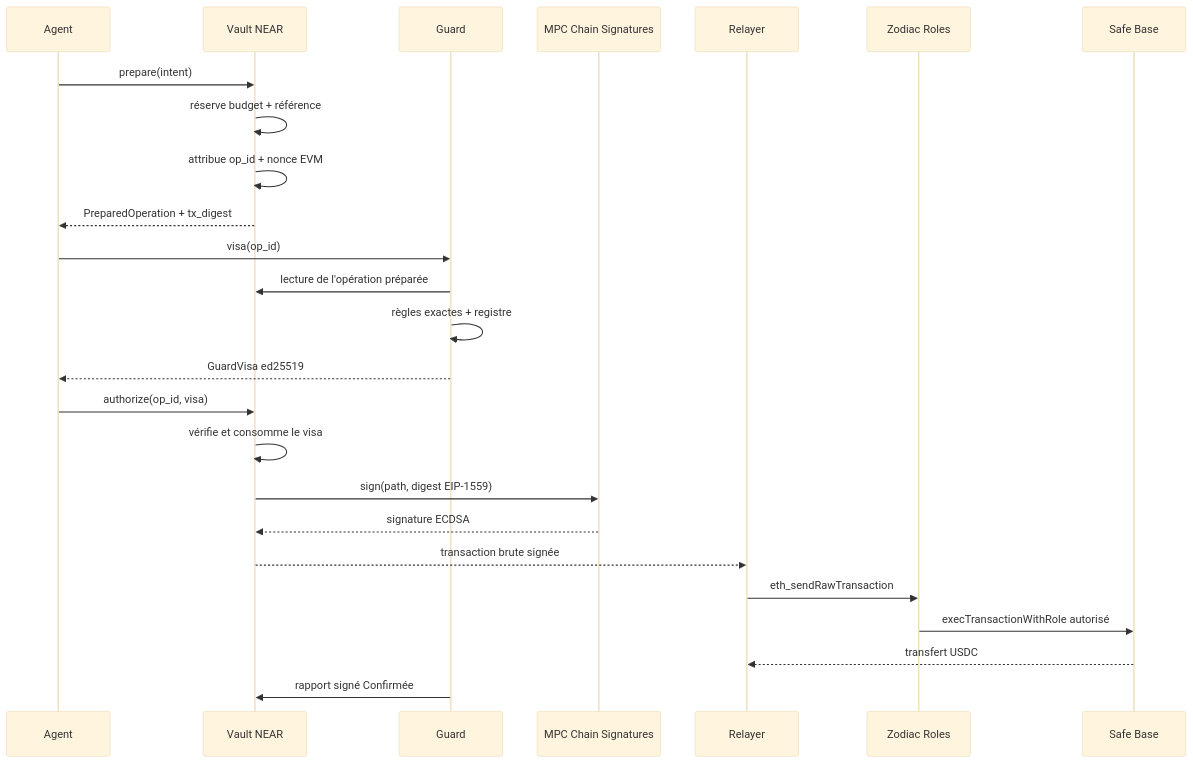
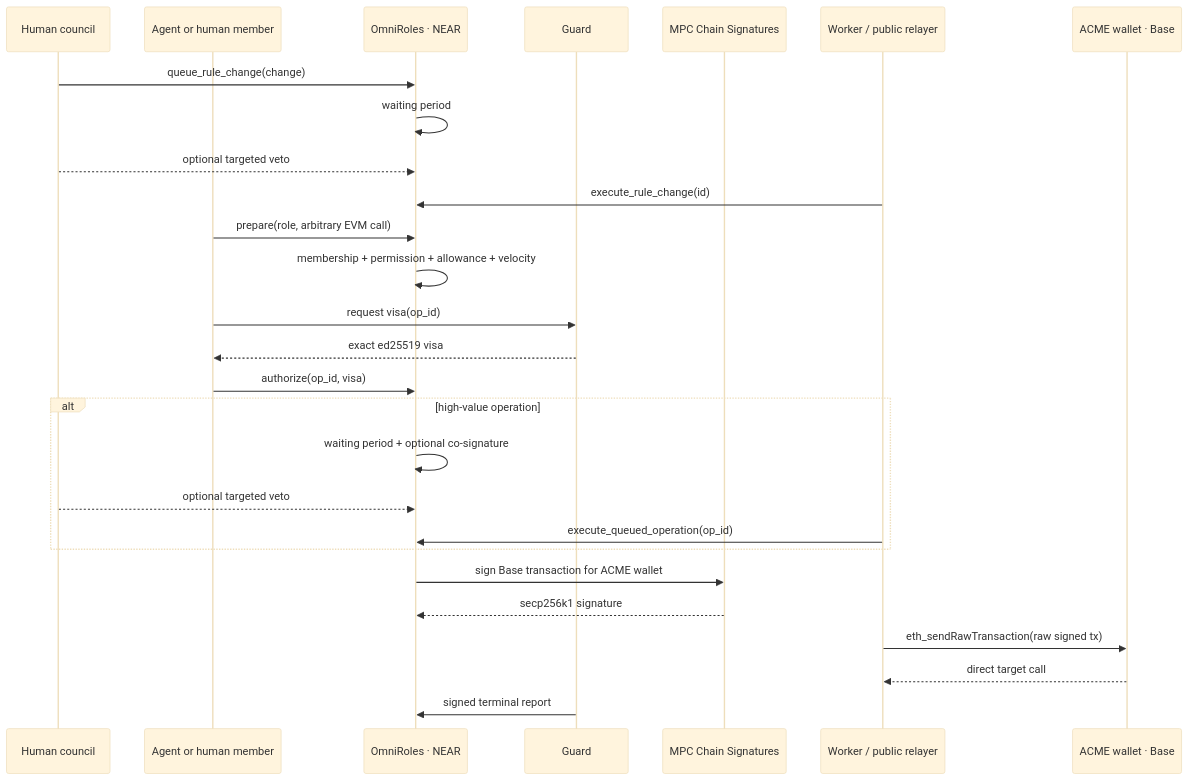
The first of 3 diagrams in Architecture.md (Euthyna-wallets/Euthyna), drawn with Mermaid (base theme) before and after one commit. The commit also changed other lines of this file and 39 other files, not shown here.

Commit message:
feat(vault): replace Safe stack with OmniRoles

````diff
--- a/Architecture.md
+++ b/Architecture.md
@@ -41,28 +11,30 @@
 ```mermaid
 sequenceDiagram
-  participant A as Agent
-  participant V as Vault NEAR
+  participant H as Human council
+  participant A as Agent or human member
+  participant O as OmniRoles · NEAR
   participant G as Guard
   participant M as MPC Chain Signatures
-  participant R as Relayer
-  participant Z as Zodiac Roles
-  participant S as Safe Base
+  participant W as Worker / public relayer
+  participant B as ACME wallet · Base
 
-  A->>V: prepare(intent)
-  V->>V: réserve budget + référence
-  V->>V: attribue op_id + nonce EVM
-  V-->>A: PreparedOperation + tx_digest
-  A->>G: visa(op_id)
-  G->>V: lecture de l'opération préparée
-  G->>G: règles exactes + registre
-  G-->>A: GuardVisa ed25519
-  A->>V: authorize(op_id, visa)
-  V->>V: vérifie et consomme le visa
-  V->>M: sign(path, digest EIP-1559)
-  M-->>V: signature ECDSA
-  V-->>R: transaction brute signée
-  R->>Z: eth_sendRawTransaction
-  Z->>S: execTransactionWithRole autorisé
-  S-->>R: transfert USDC
-  G->>V: rapport signé Confirmée
+  H->>O: queue_rule_change(change)
+  O->>O: waiting period
+  H-->>O: optional targeted veto
+  W->>O: execute_rule_change(id)
+  A->>O: prepare(role, arbitrary EVM call)
+  O->>O: membership + permission + allowance + velocity
+  A->>G: request visa(op_id)
+  G-->>A: exact ed25519 visa
+  A->>O: authorize(op_id, visa)
+  alt high-value operation
+    O->>O: waiting period + optional co-signature
+    H-->>O: optional targeted veto
+    W->>O: execute_queued_operation(op_id)
+  end
+  O->>M: sign Base transaction for ACME wallet
+  M-->>O: secp256k1 signature
+  W->>B: eth_sendRawTransaction(raw signed tx)
+  B-->>W: direct target call
+  G->>O: signed terminal report
 ```
````
